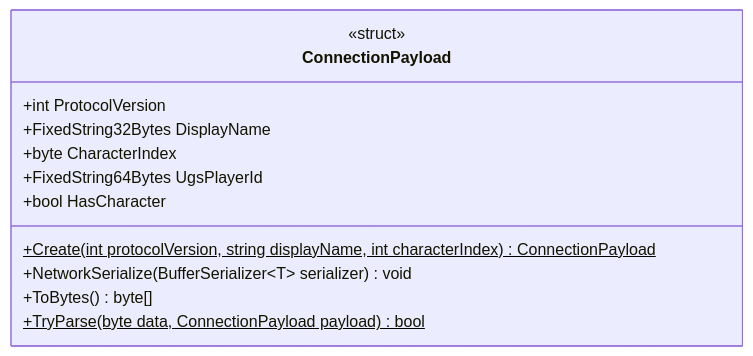
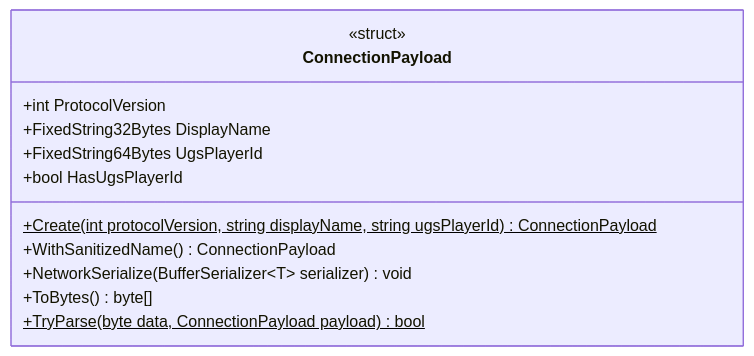
The diagram in Docs/Arquitectura/Clases/Networking/ConnectionPayload.md (Chacashi/Alien-Farms), drawn with Mermaid before and after one commit. The commit also changed other lines of this file and 257 other files, not shown here.

````diff
--- a/Docs/Arquitectura/Clases/Networking/ConnectionPayload.md
+++ b/Docs/Arquitectura/Clases/Networking/ConnectionPayload.md
@@ -18,17 +18,17 @@
 ```mermaid
 classDiagram
   direction LR
   class ConnectionPayload {
     <<struct>>
     +int ProtocolVersion
     +FixedString32Bytes DisplayName
-    +byte CharacterIndex
     +FixedString64Bytes UgsPlayerId
-    +Create(int protocolVersion, string displayName, int characterIndex)$ ConnectionPayload
-    +bool HasCharacter
+    +Create(int protocolVersion, string displayName, string ugsPlayerId)$ ConnectionPayload
+    +bool HasUgsPlayerId
+    +WithSanitizedName() ConnectionPayload
     +NetworkSerialize(BufferSerializer~T~ serializer) void
     +ToBytes() byte[]
     +TryParse(byte data, ConnectionPayload payload)$ bool
   }
   classDef external fill:#eee,stroke:#999,stroke-dasharray: 4 3,color:#555
 ```
````
